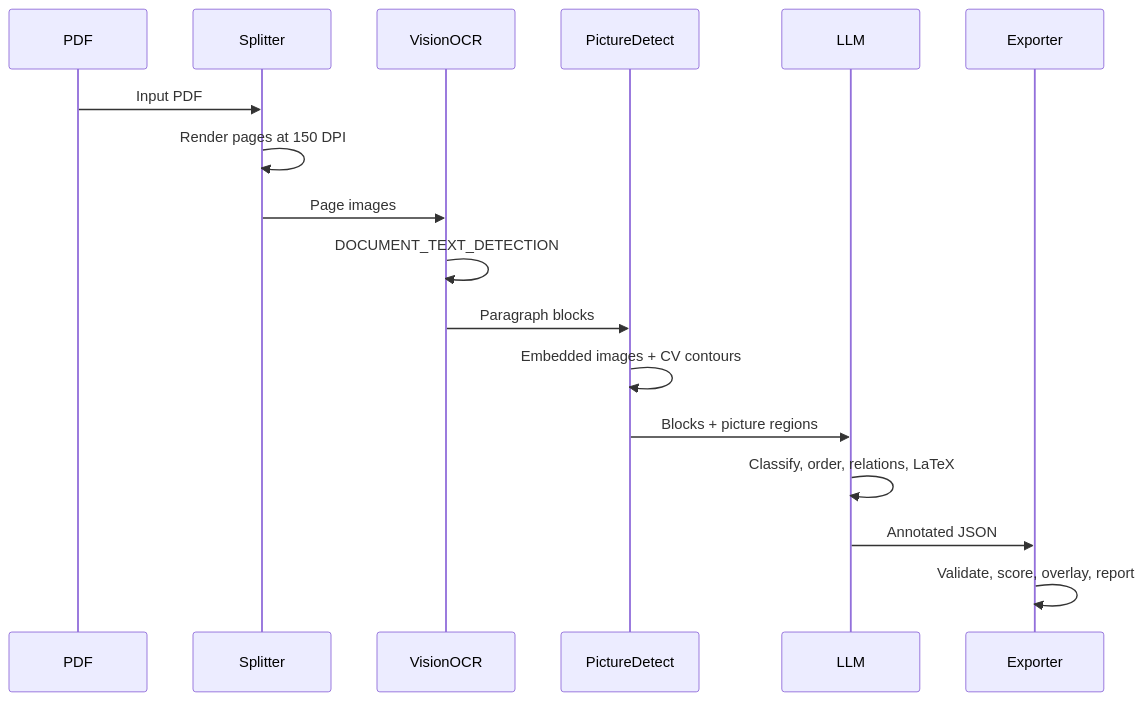
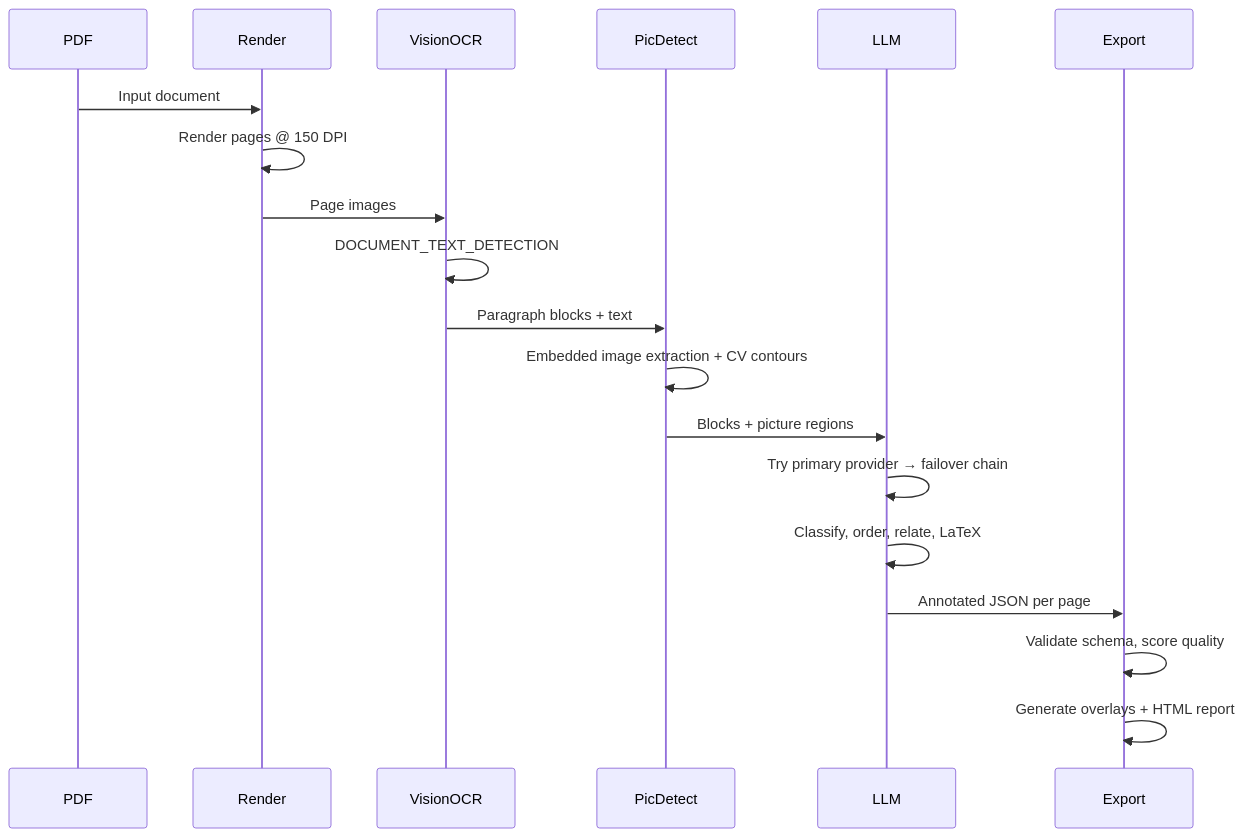
Before and after one commit to rai8053/indic-ocr-pipeline: the second of 3 diagrams in README.md, drawn with Mermaid. The commit also changed other lines of this file, not shown here.

````diff
--- a/README.md
+++ b/README.md
@@ -100,20 +125,22 @@
 ```mermaid
 sequenceDiagram
     participant PDF
-    participant Splitter
+    participant Render
     participant VisionOCR
-    participant PictureDetect
+    participant PicDetect
     participant LLM
-    participant Exporter
+    participant Export
 
-    PDF->>Splitter: Input PDF
-    Splitter->>Splitter: Render pages at 150 DPI
-    Splitter->>VisionOCR: Page images
+    PDF->>Render: Input document
+    Render->>Render: Render pages @ 150 DPI
+    Render->>VisionOCR: Page images
     VisionOCR->>VisionOCR: DOCUMENT_TEXT_DETECTION
-    VisionOCR->>PictureDetect: Paragraph blocks
-    PictureDetect->>PictureDetect: Embedded images + CV contours
-    PictureDetect->>LLM: Blocks + picture regions
-    LLM->>LLM: Classify, order, relations, LaTeX
-    LLM->>Exporter: Annotated JSON
-    Exporter->>Exporter: Validate, score, overlay, report
+    VisionOCR->>PicDetect: Paragraph blocks + text
+    PicDetect->>PicDetect: Embedded image extraction + CV contours
+    PicDetect->>LLM: Blocks + picture regions
+    LLM->>LLM: Try primary provider → failover chain
+    LLM->>LLM: Classify, order, relate, LaTeX
+    LLM->>Export: Annotated JSON per page
+    Export->>Export: Validate schema, score quality
+    Export->>Export: Generate overlays + HTML report
 ```
````
